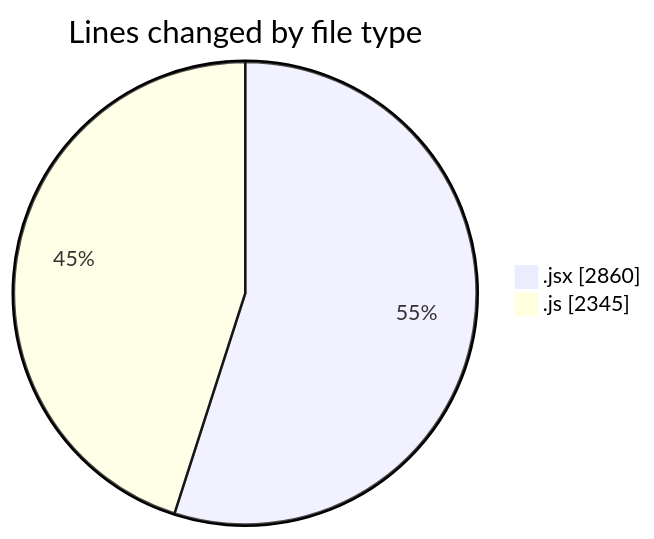
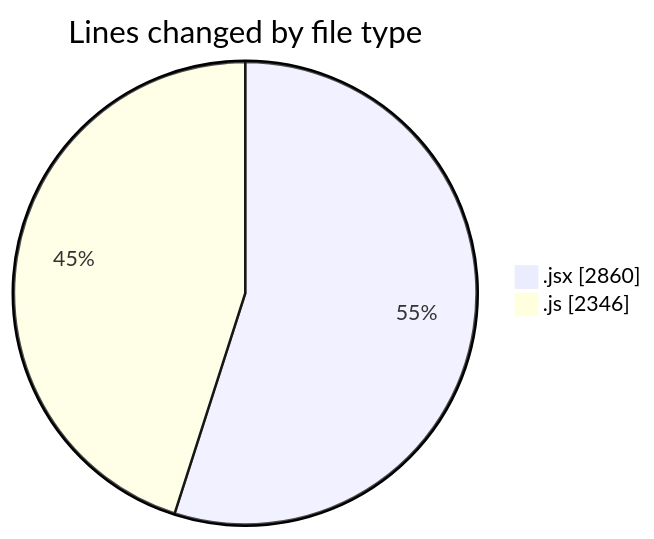
Before and after one commit to nxtqubesakshisongat/code-tracking: the first of 2 diagrams in 2026-01-08/nxtqube_webapp/README.md, drawn with Mermaid. The commit also changed other lines of this file and 1 other file, not shown here.

````diff
--- a/2026-01-08/nxtqube_webapp/README.md
+++ b/2026-01-08/nxtqube_webapp/README.md
@@ -23,6 +23,6 @@
 ```mermaid
 pie showData
 title Lines changed by file type
 ".jsx" : 2860
-".js" : 2345
+".js" : 2346
 ```
````
